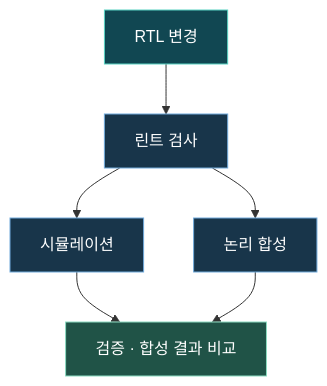
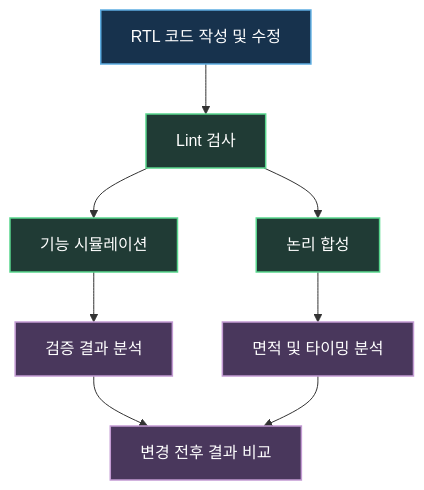
One commit to leeseungyong522-droid/leeseungyong522-droid changed the diagram in README.md. Above: the diagram before and after it, drawn with Mermaid. The commit also changed other lines of this file, not shown here.

````diff
--- a/README.md
+++ b/README.md
@@ -13,14 +28,17 @@
 ```mermaid
 flowchart TD
-    RTL["RTL 변경"] --> Lint["린트 검사"]
-    Lint --> Sim["시뮬레이션"]
-    Lint --> Synth["논리 합성"]
-    Sim --> Report["검증 · 합성 결과 비교"]
-    Synth --> Report
-    classDef start fill:#114752,color:#fff,stroke:#58d2c2
-    classDef step fill:#18354a,color:#fff,stroke:#71aadb
-    classDef result fill:#205347,color:#fff,stroke:#8cdcc2
-    class RTL start
-    class Lint,Sim,Synth step
-    class Report result
+    A[RTL 코드 작성 및 수정] --> B[Lint 검사]
+    B --> C[기능 시뮬레이션]
+    B --> D[논리 합성]
+    C --> E[검증 결과 분석]
+    D --> F[면적 및 타이밍 분석]
+    E --> G[변경 전후 결과 비교]
+    F --> G
+
+    classDef source fill:#17324d,color:#ffffff,stroke:#5dade2,stroke-width:1.5px
+    classDef process fill:#203b35,color:#ffffff,stroke:#58d68d,stroke-width:1.5px
+    classDef result fill:#49375c,color:#ffffff,stroke:#c39bd3,stroke-width:1.5px
+    class A source
+    class B,C,D process
+    class E,F,G result
 ```
````
